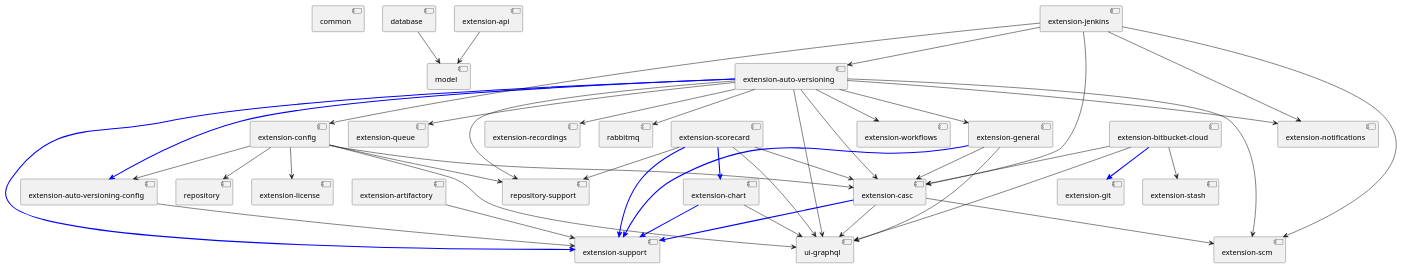
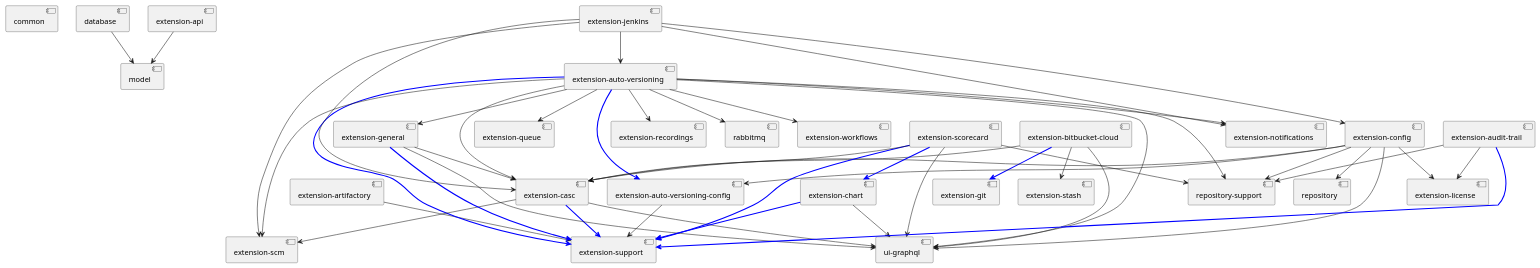
The diagram in doc/modules.puml (yontrack/yontrack), drawn with PlantUML before and after one commit. The commit also changed 31 other files, not shown here.

First line of the commit message:
#1954 Audit trail module: licence, entry table, canonical JSON, hash format v1, append

```diff
--- a/doc/modules.puml
+++ b/doc/modules.puml
@@ -1,61 +1,65 @@
 @startuml
 
 [common]
 
 [database] --> [model]
 
 [extension-api] --> [model]
 
 [extension-artifactory] --> [extension-support]
 
 [extension-auto-versioning] --> [extension-support] #blue;line.bold
 [extension-auto-versioning] --> [extension-auto-versioning-config] #blue;line.bold
 [extension-auto-versioning] --> [ui-graphql]
 [extension-auto-versioning] --> [extension-scm]
 [extension-auto-versioning] --> [extension-general]
 [extension-auto-versioning] --> [extension-casc]
 [extension-auto-versioning] --> [repository-support]
 [extension-auto-versioning] --> [extension-queue]
 [extension-auto-versioning] --> [extension-recordings]
 [extension-auto-versioning] --> [rabbitmq]
 [extension-auto-versioning] --> [extension-notifications]
 [extension-auto-versioning] --> [extension-workflows]
 
 [extension-auto-versioning-config] --> [extension-support]
 
 [extension-bitbucket-cloud] --> [extension-git] #blue;line.bold
 [extension-bitbucket-cloud] --> [extension-stash]
 [extension-bitbucket-cloud] --> [ui-graphql]
 [extension-bitbucket-cloud] --> [extension-casc]
 
 [extension-casc] --> [extension-support] #blue;line.bold
 [extension-casc] --> [extension-scm]
 [extension-casc] --> [ui-graphql]
 
 [extension-chart] --> [extension-support] #blue;line.bold
 [extension-chart] --> [ui-graphql]
 
 [extension-config] --> [ui-graphql]
 [extension-config] --> [extension-license]
 [extension-config] --> [extension-casc]
 [extension-config] --> [extension-auto-versioning-config]
 [extension-config] --> [repository]
 [extension-config] --> [repository-support]
 
 [extension-general] --> [extension-support] #blue;line.bold
 [extension-general] --> [ui-graphql]
 [extension-general] --> [extension-casc]
 
 [extension-scorecard] --> [extension-support] #blue;line.bold
 [extension-scorecard] --> [extension-chart] #blue;line.bold
 [extension-scorecard] --> [ui-graphql]
 [extension-scorecard] --> [extension-casc]
 [extension-scorecard] --> [repository-support]
 
+[extension-audit-trail] --> [extension-support] #blue;line.bold
+[extension-audit-trail] --> [extension-license]
+[extension-audit-trail] --> [repository-support]
+
 [extension-jenkins] --> [extension-scm]
 [extension-jenkins] --> [extension-auto-versioning]
 [extension-jenkins] --> [extension-casc]
 [extension-jenkins] --> [extension-notifications]
 [extension-jenkins] --> [extension-config]
 
 @enduml
```
